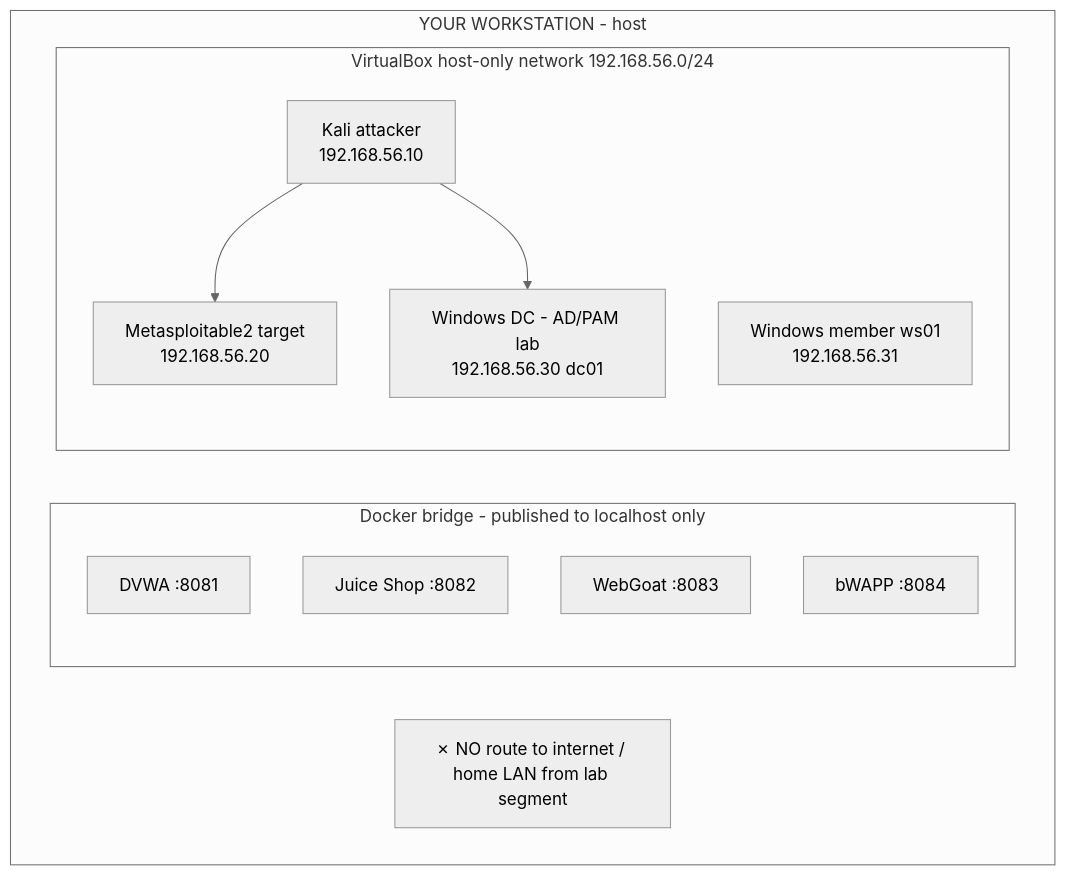
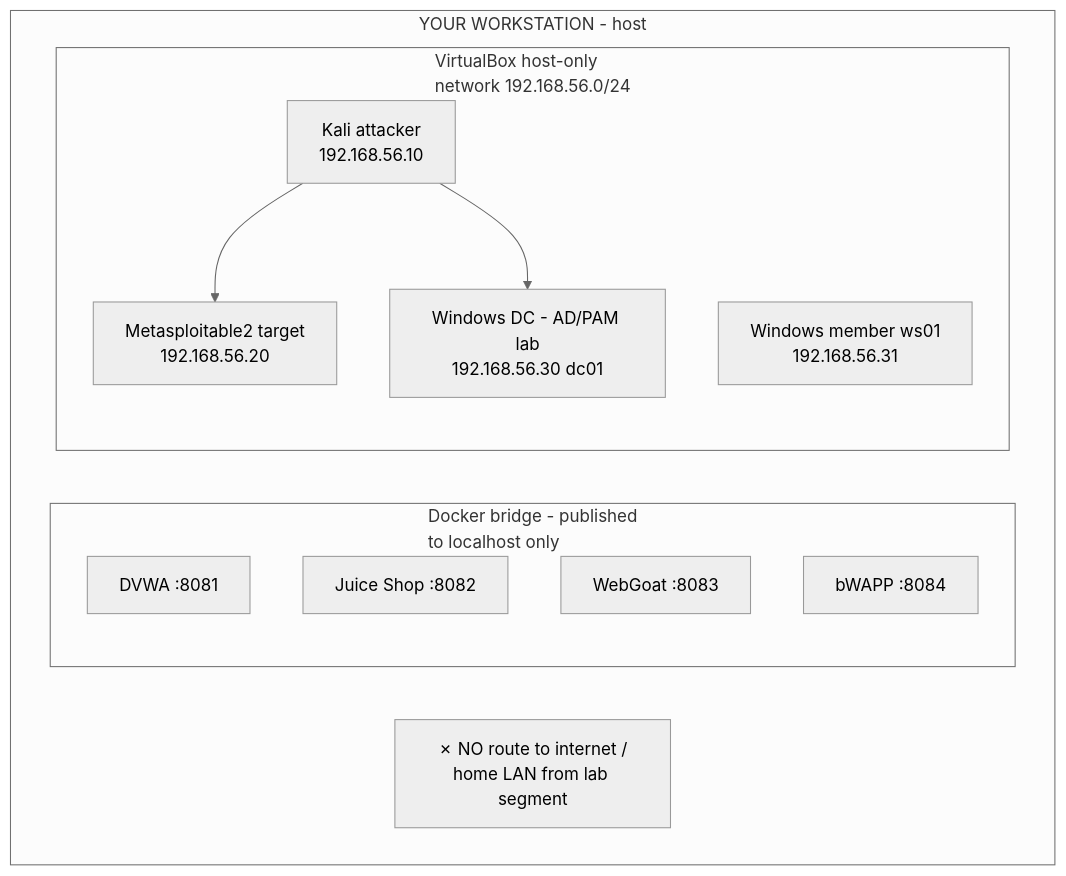
Before and after one commit to morandeirachema/CyberCerts: the first of 2 diagrams in certs/ceh/labs/topology.md, drawn with Mermaid (neutral theme). The commit also changed other lines of this file and 106 other files, not shown here.

````diff
--- a/certs/ceh/labs/topology.md
+++ b/certs/ceh/labs/topology.md
@@ -5,20 +5,20 @@
 ```mermaid
 flowchart TB
     subgraph WS["YOUR WORKSTATION - host"]
-        subgraph DOCKER["Docker bridge - published to localhost only"]
+        subgraph DOCKER["Docker bridge - published<br/>to localhost only"]
             DVWA["DVWA :8081"]
             JUICE["Juice Shop :8082"]
             WEBGOAT["WebGoat :8083"]
             BWAPP["bWAPP :8084"]
         end
-        subgraph VBOX["VirtualBox host-only network 192.168.56.0/24"]
+        subgraph VBOX["VirtualBox host-only<br/>network 192.168.56.0/24"]
             KALI["Kali attacker<br/>192.168.56.10"]
             META["Metasploitable2 target<br/>192.168.56.20"]
             DC["Windows DC - AD/PAM lab<br/>192.168.56.30 dc01"]
             WS01["Windows member ws01<br/>192.168.56.31"]
             KALI --> META
             KALI --> DC
         end
-        NOTE["✗ NO route to internet / home LAN from lab segment"]
+        NOTE["✗ NO route to internet /<br/>home LAN from lab segment"]
     end
 ```
````
